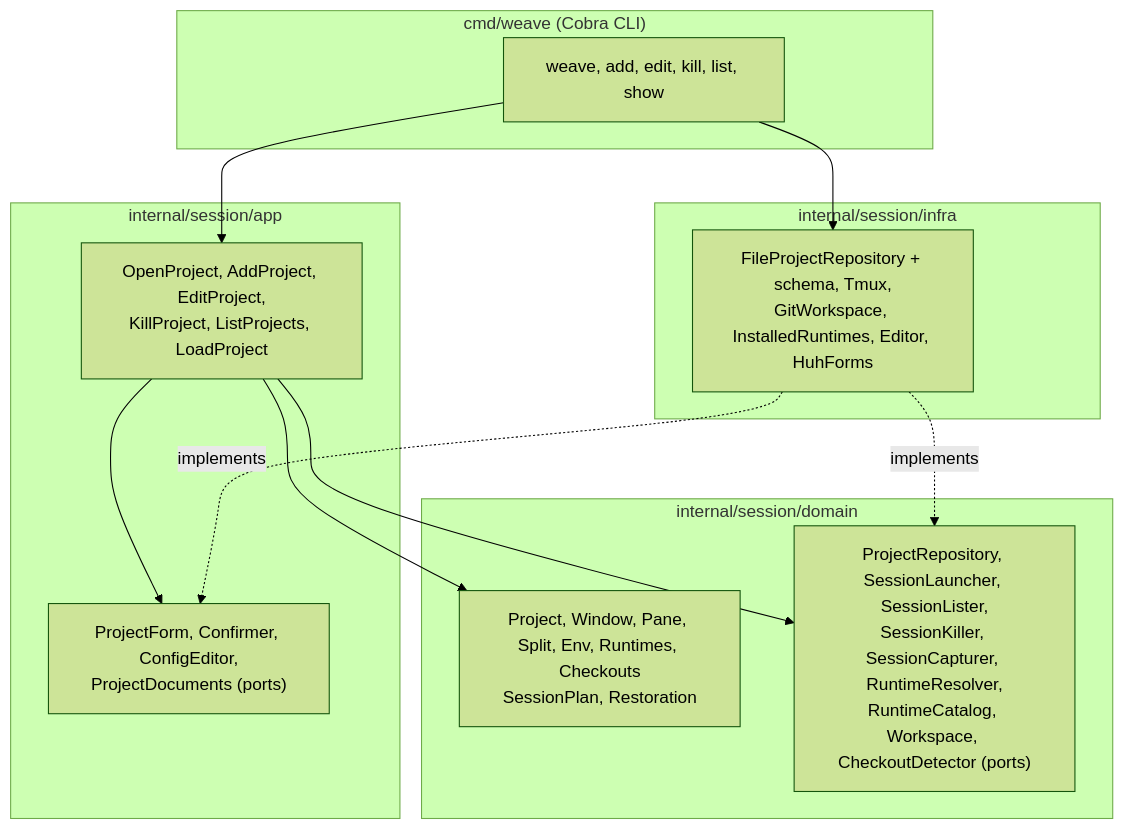
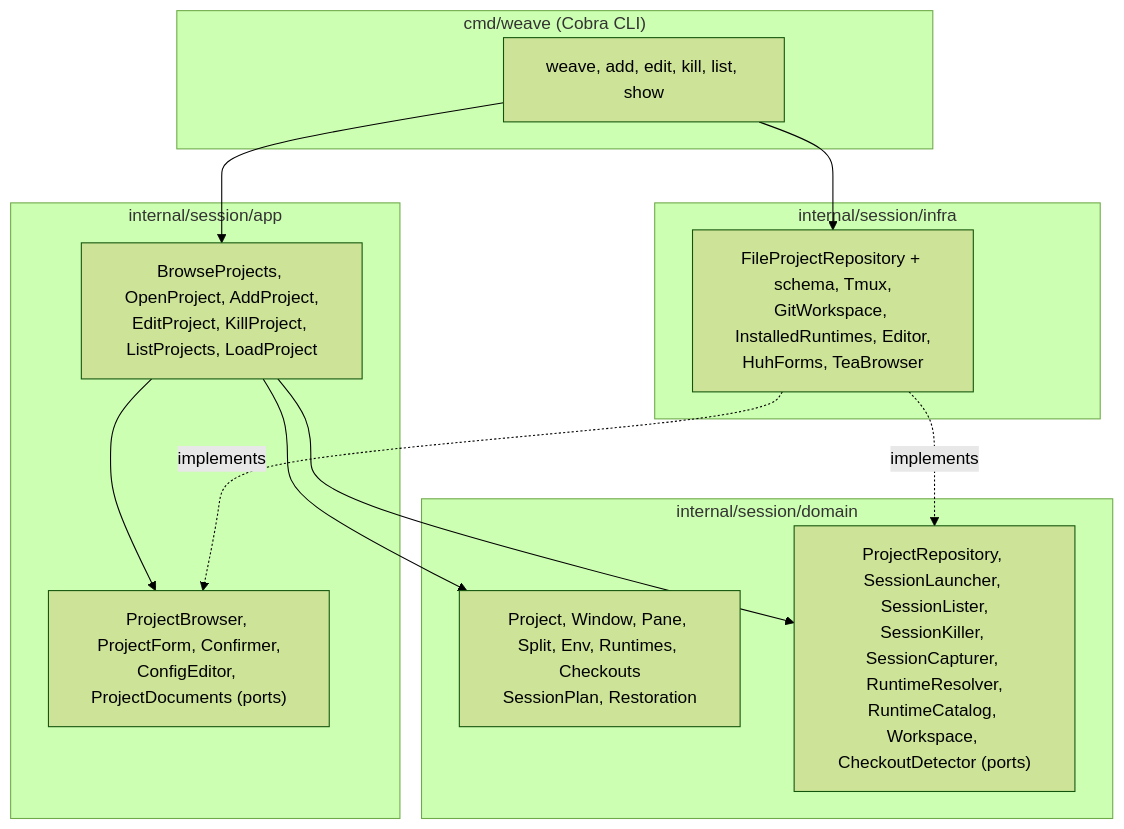
One commit to medilies/weaver changed the diagram in README.md. Above: the diagram before and after it, drawn with Mermaid (forest theme). The commit also changed other lines of this file and 13 other files, not shown here.

First line of the commit message:
feat(cli): browse projects in a terminal UI

````diff
--- a/README.md
+++ b/README.md
@@ -182,25 +198,25 @@
 ```mermaid
 graph TD
     subgraph cmd["cmd/weave (Cobra CLI)"]
         CLI["weave, add, edit, kill, list, show"]
     end
     subgraph app["internal/session/app"]
-        UC["OpenProject, AddProject, EditProject,<br/>KillProject, ListProjects, LoadProject"]
-        AP["ProjectForm, Confirmer, ConfigEditor,<br/>ProjectDocuments (ports)"]
+        UC["BrowseProjects, OpenProject, AddProject,<br/>EditProject, KillProject, ListProjects, LoadProject"]
+        AP["ProjectBrowser, ProjectForm, Confirmer,<br/>ConfigEditor, ProjectDocuments (ports)"]
     end
     subgraph domain["internal/session/domain"]
         M["Project, Window, Pane, Split, Env, Runtimes, Checkouts<br/>SessionPlan, Restoration"]
         DP["ProjectRepository, SessionLauncher, SessionLister,<br/>SessionKiller, SessionCapturer, RuntimeResolver,<br/>RuntimeCatalog, Workspace, CheckoutDetector (ports)"]
     end
     subgraph infra["internal/session/infra"]
-        A["FileProjectRepository + schema, Tmux,<br/>GitWorkspace, InstalledRuntimes, Editor, HuhForms"]
+        A["FileProjectRepository + schema, Tmux,<br/>GitWorkspace, InstalledRuntimes, Editor,<br/>HuhForms, TeaBrowser"]
     end
 
     CLI --> UC
     CLI --> A
     UC --> M
     UC --> DP
     UC --> AP
     A -.implements.-> DP
     A -.implements.-> AP
 ```
````
